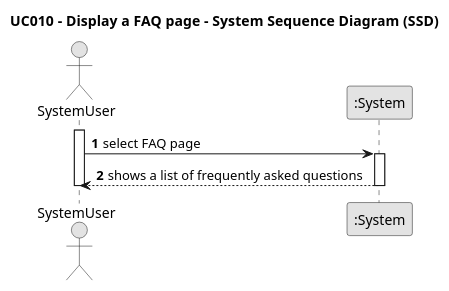
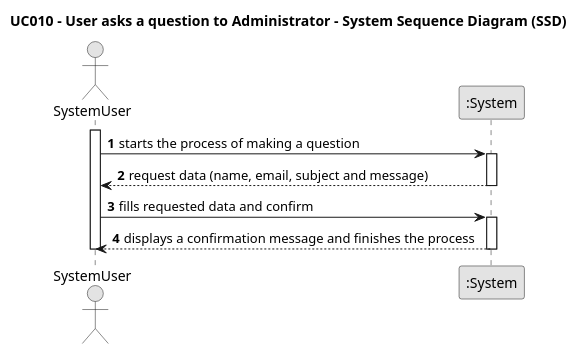
Before and after one commit to Chirano/GladlyGiven: the diagram in javaSprint2GladlyGiven/Docs/UseCases/uc010/us010-SSD.puml, drawn with PlantUML. The commit also changed 49 other files, not shown here.

```diff
--- a/javaSprint2GladlyGiven/Docs/UseCases/uc010/us010-SSD.puml
+++ b/javaSprint2GladlyGiven/Docs/UseCases/uc010/us010-SSD.puml
@@ -1,20 +1,27 @@
 @startuml
 skinparam monochrome true
 skinparam packageStyle rectangle
 skinparam shadowing false
 
-title UC010 -  Display a FAQ page - System Sequence Diagram (SSD)
+title UC010 - User asks a question to Administrator - System Sequence Diagram (SSD)
 
 autonumber
 
 actor SystemUser
 participant ":System" as System
 
 activate SystemUser
-    SystemUser -> System : select FAQ page
+    SystemUser -> System : starts the process of making a question
     activate System
-        System --> SystemUser : shows a list of frequently asked questions
+        System --> SystemUser : request data (name, email, subject and message)
     deactivate System
+
+    SystemUser -> System :fills requested data and confirm
+
+    activate System
+        System --> SystemUser :displays a confirmation message and finishes the process
+    deactivate System
+
 deactivate SystemUser
 
 @enduml
```
